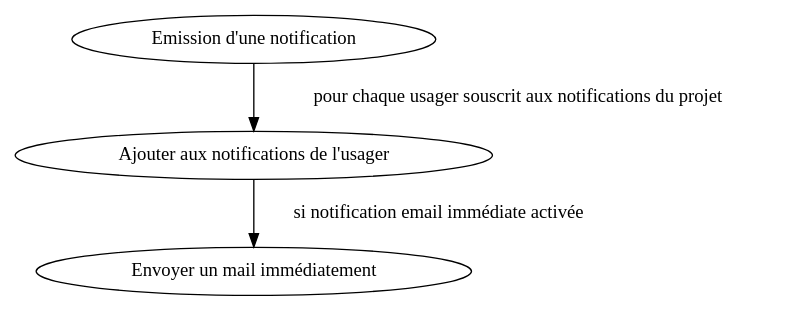
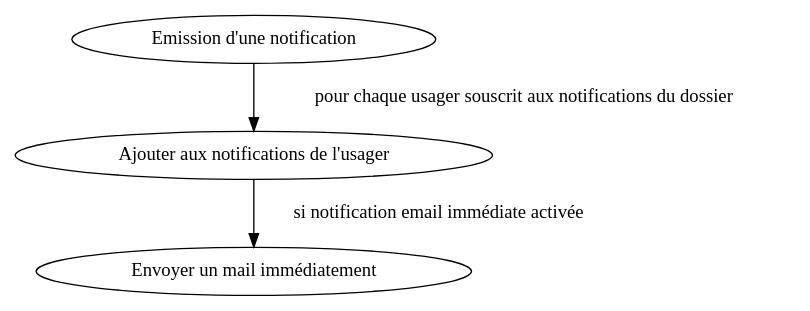
One commit to betagouv/recommandations-collaboratives changed the fifth of 6 diagrams in docs/workflows.rst. Above: the diagram before and after it, drawn with Graphviz. The commit also changed other lines of this file and 11 other files, not shown here.

Commit message:
[fix] update terminology from "projet" to "dossier" in SQL, documentation, and templates

```diff
--- a/docs/workflows.rst
+++ b/docs/workflows.rst
@@ -79,9 +79,9 @@
 .. graphviz::
 
    digraph foo {
 
-   "Emission d'une notification" -> "Ajouter aux notifications de l'usager" [label="pour chaque usager souscrit aux notifications du projet"];
+   "Emission d'une notification" -> "Ajouter aux notifications de l'usager" [label="pour chaque usager souscrit aux notifications du dossier"];
 
    "Ajouter aux notifications de l'usager" -> "Envoyer un mail immédiatement" [label="si notification email immédiate activée"];
 
    }
```
